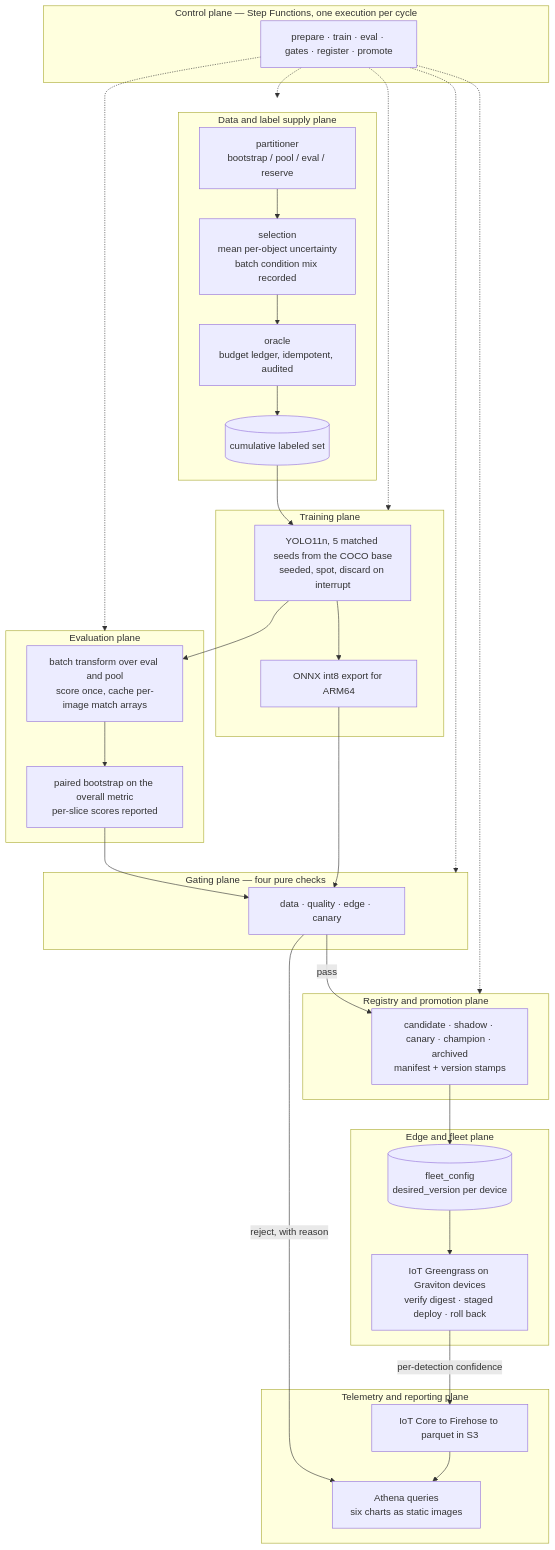
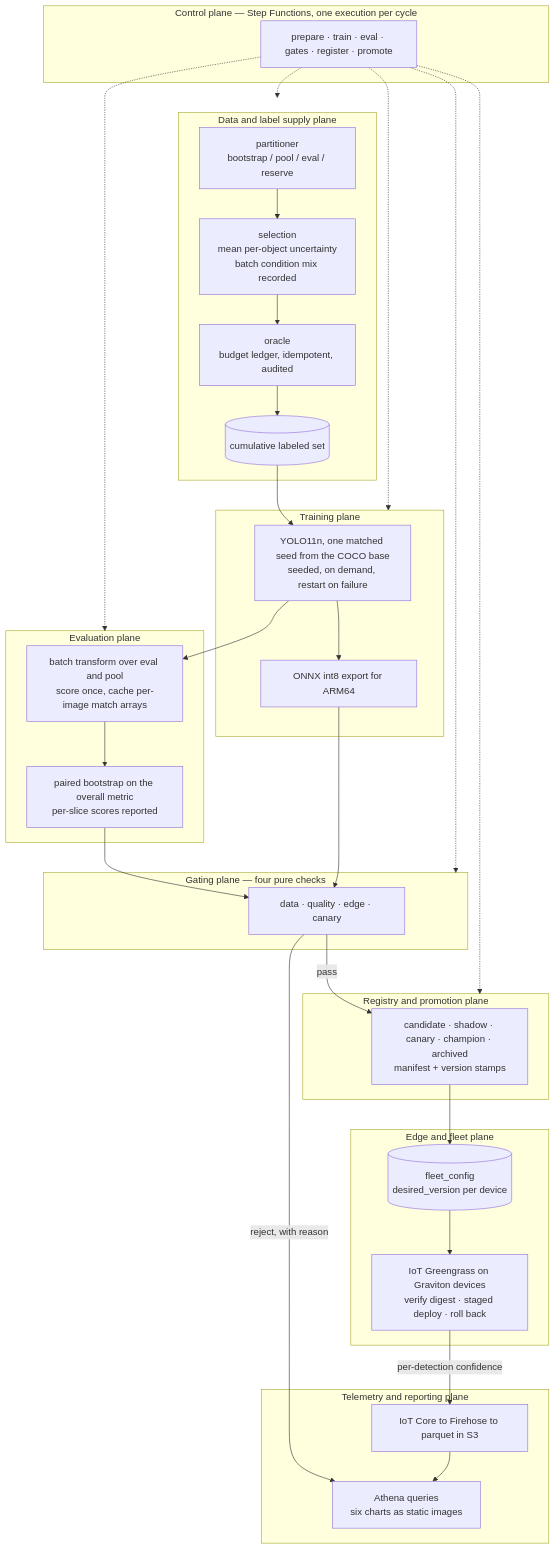
Before and after one commit to arnavnair220/edge-ml-flywheel: the diagram in docs/00-overview.md, drawn with Mermaid. The commit also changed other lines of this file and 18 other files, not shown here.

````diff
--- a/docs/00-overview.md
+++ b/docs/00-overview.md
@@ -85,63 +86,63 @@
 ```mermaid
 flowchart TB
     subgraph CTRL["Control plane — Step Functions, one execution per cycle"]
         SFN["prepare · train · eval · gates · register · promote"]
     end
 
     subgraph DATA["Data and label supply plane"]
         PART["partitioner<br/>bootstrap / pool / eval / reserve"]
         SEL["selection<br/>mean per-object uncertainty<br/>batch condition mix recorded"]
         ORACLE["oracle<br/>budget ledger, idempotent, audited"]
         POOL[("cumulative labeled set")]
     end
 
     subgraph TRAIN["Training plane"]
-        SEEDS["YOLO11n, 5 matched seeds from the COCO base<br/>seeded, spot, discard on interrupt"]
+        SEEDS["YOLO11n, one matched seed from the COCO base<br/>seeded, on demand, restart on failure"]
         EXPORT["ONNX int8 export for ARM64"]
     end
 
     subgraph EVAL["Evaluation plane"]
         SCORE["batch transform over eval and pool<br/>score once, cache per-image match arrays"]
         BOOT["paired bootstrap on the overall metric<br/>per-slice scores reported"]
     end
 
     subgraph GATE["Gating plane — four pure checks"]
         G["data · quality · edge · canary"]
     end
 
     subgraph REG["Registry and promotion plane"]
         SM["candidate · shadow · canary · champion · archived<br/>manifest + version stamps"]
     end
 
     subgraph EDGE["Edge and fleet plane"]
         CFG[("fleet_config<br/>desired_version per device")]
         AGENT["IoT Greengrass on Graviton devices<br/>verify digest · staged deploy · roll back"]
     end
 
     subgraph OBS["Telemetry and reporting plane"]
         TEL["IoT Core to Firehose to parquet in S3"]
         DASH["Athena queries<br/>six charts as static images"]
     end
 
     PART --> SEL
     SEL --> ORACLE
     ORACLE --> POOL
     POOL --> SEEDS
     SEEDS --> SCORE
     SCORE --> BOOT
     BOOT --> G
     SEEDS --> EXPORT
     EXPORT --> G
     G -->|pass| SM
     G -->|"reject, with reason"| DASH
     SM --> CFG
     CFG --> AGENT
     AGENT -->|"per-detection confidence"| TEL
     TEL --> DASH
 
     SFN -.-> DATA
     SFN -.-> TRAIN
     SFN -.-> EVAL
     SFN -.-> GATE
     SFN -.-> REG
 ```
````
